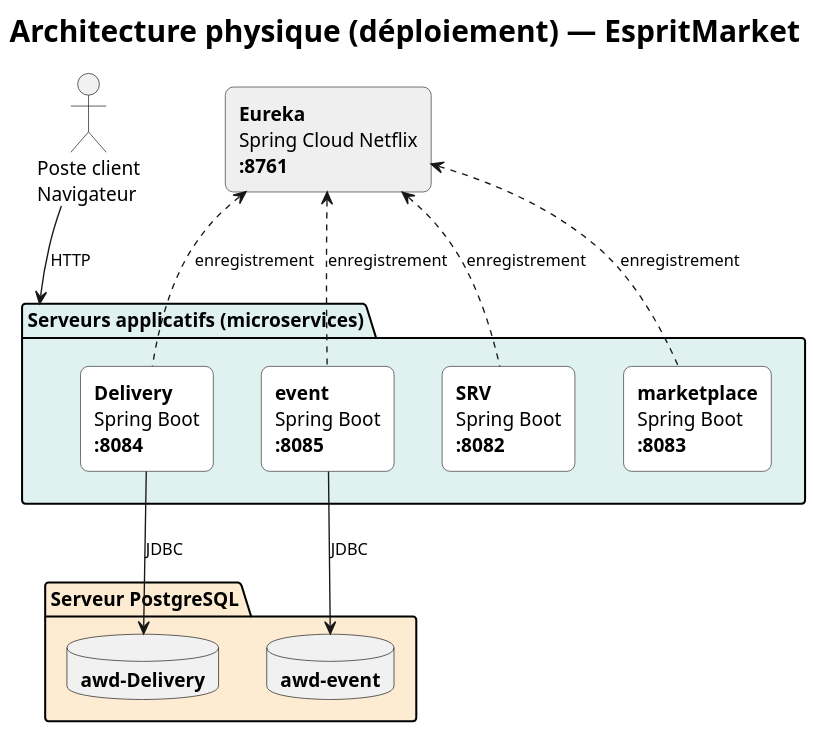
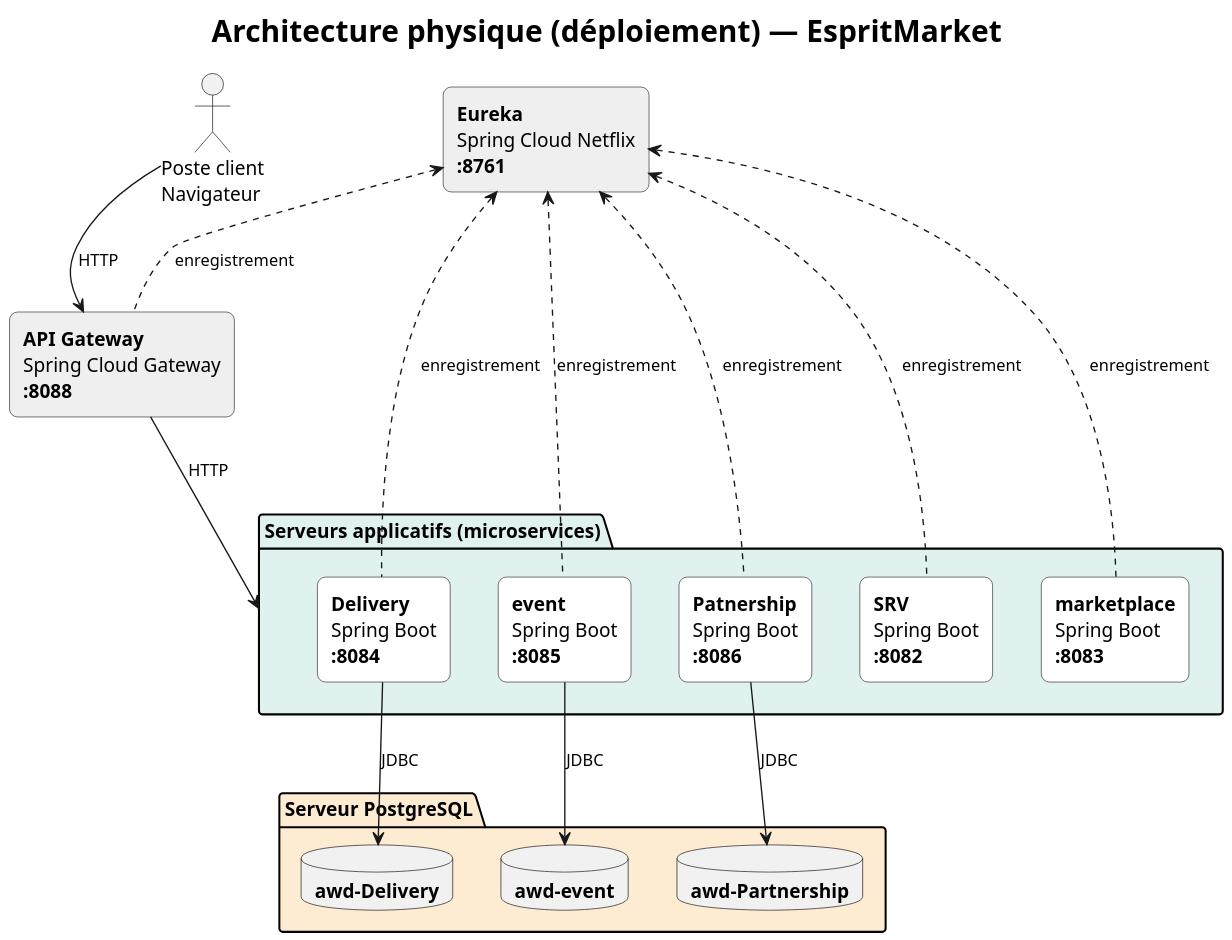
Before and after one commit to TheSphynxoid/AWD-EspritMarket: the diagram in documentation/diag/architecture-physique.puml, drawn with PlantUML. The commit also changed 24 other files, not shown here.

Commit message:
Add API gateway with lb:// routes; normalize Patnership service; update docs

```diff
--- a/documentation/diag/architecture-physique.puml
+++ b/documentation/diag/architecture-physique.puml
@@ -1,49 +1,61 @@
 @startuml architecture-physique
 
 title <size:22>**Architecture physique (déploiement) — EspritMarket**</size>
 
 skinparam dpi 150
 skinparam shadowing false
 skinparam defaultFontName "Segoe UI"
 skinparam rectangleRoundCorner 12
 skinparam packageRectangleRoundCorner 18
 skinparam ArrowFontSize 12
 
 skinparam rectangle {
   BackgroundColor #FFFFFF
   BorderColor #333333
 }
 
 actor "Poste client\nNavigateur" as Client
 
+rectangle "**API Gateway**\nSpring Cloud Gateway\n<b>:8088</b>" as GW #EFEFEF
+
 rectangle "**Eureka**\nSpring Cloud Netflix\n<b>:8761</b>" as EU #EFEFEF
 
 package "Serveurs applicatifs (microservices)" as APP #DFF2F0 {
   rectangle "**SRV**\nSpring Boot\n<b>:8082</b>" as SRV
   rectangle "**marketplace**\nSpring Boot\n<b>:8083</b>" as MKT
   rectangle "**Delivery**\nSpring Boot\n<b>:8084</b>" as DEL
   rectangle "**event**\nSpring Boot\n<b>:8085</b>" as EVT
+  rectangle "**Patnership**\nSpring Boot\n<b>:8086</b>" as PTN
   SRV -[hidden]right-> MKT
   MKT -[hidden]right-> DEL
   DEL -[hidden]right-> EVT
+  EVT -[hidden]right-> PTN
 }
 
 package "Serveur PostgreSQL" as DBS #FDEBD2 {
   database "**awd-Delivery**" as AWDDB
   database "**awd-event**" as EVTDB
+  database "**awd-Partnership**" as PTNDB
   AWDDB -[hidden]right-> EVTDB
+  EVTDB -[hidden]right-> PTNDB
 }
 
 Client -[hidden]right-> EU
 
-Client -down-> APP : HTTP
+Client -down-> GW : HTTP
+
+GW -down-> APP : HTTP
+
+GW .up.> EU : enregistrement
 
 SRV .up.> EU : enregistrement
 MKT .up.> EU : enregistrement
 DEL .up.> EU : enregistrement
 EVT .up.> EU : enregistrement
+PTN .up.> EU : enregistrement
 
 DEL -down-> AWDDB : JDBC
 EVT -down-> EVTDB : JDBC
+PTN -down-> PTNDB : JDBC
 
 @enduml
```
